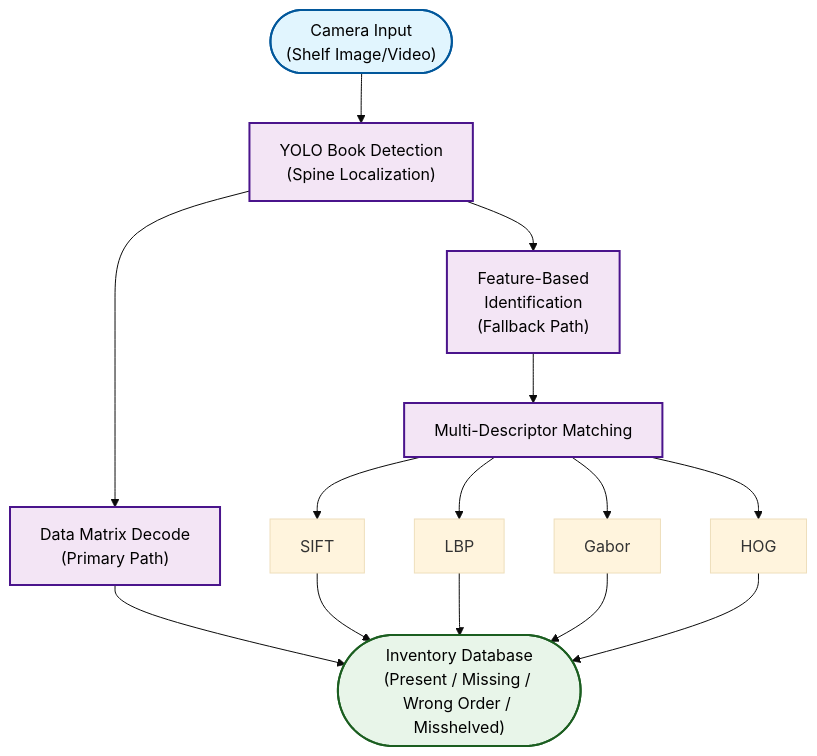
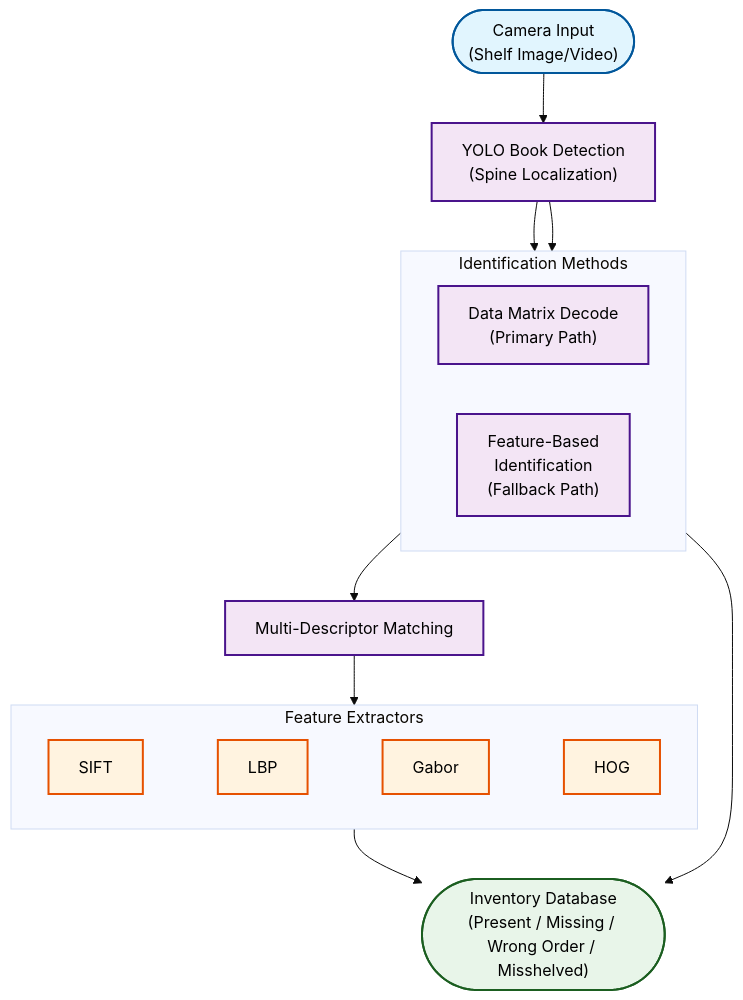
Before and after one commit to kritnipit-phetanan/kritnipit-phetanan.github.io: the diagram in _projects/5_library_inventory.md, drawn with Mermaid (base theme).

Commit message:
Display Feature Extractors in horizontal 1x4 row

````diff
--- a/_projects/5_library_inventory.md
+++ b/_projects/5_library_inventory.md
@@ -27,28 +27,35 @@
 ```mermaid
 graph TD
     classDef input fill:#e1f5fe,stroke:#01579b,stroke-width:2px,color:#000000;
     classDef process fill:#f3e5f5,stroke:#4a148c,stroke-width:2px,color:#000000;
     classDef result fill:#e8f5e9,stroke:#1b5e20,stroke-width:2px,color:#000000;
+    classDef feature fill:#fff3e0,stroke:#e65100,stroke-width:2px,color:#000000;
 
     A(["Camera Input<br/>(Shelf Image/Video)"]) --> B["YOLO Book Detection<br/>(Spine Localization)"]
     
-    B --> C["Data Matrix Decode<br/>(Primary Path)"]
-    B --> D["Feature-Based<br/>Identification<br/>(Fallback Path)"]
+    subgraph Identification ["Identification Methods"]
+        direction LR
+        C["Data Matrix Decode<br/>(Primary Path)"]
+        D["Feature-Based<br/>Identification<br/>(Fallback Path)"]
+    end
+    
+    B --> C
+    B --> D
     
     D --> E["Multi-Descriptor Matching"]
     
-    E --> F["SIFT"]
-    E --> G["LBP"]
-    E --> H["Gabor"]
-    E --> I["HOG"]
+    subgraph Descriptors ["Feature Extractors"]
+        direction LR
+        F["SIFT"] ~~~ G["LBP"] ~~~ H["Gabor"] ~~~ I["HOG"]
+    end
+    
+    E --> Descriptors
     
     C --> J(["Inventory Database<br/>(Present / Missing / Wrong Order / Misshelved)"])
-    F --> J
-    G --> J
-    H --> J
-    I --> J
+    Descriptors --> J
     
     class A input;
     class B,C,D,E process;
+    class F,G,H,I feature;
     class J result;
 ```
````
